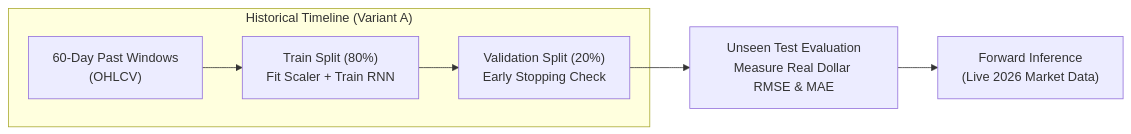
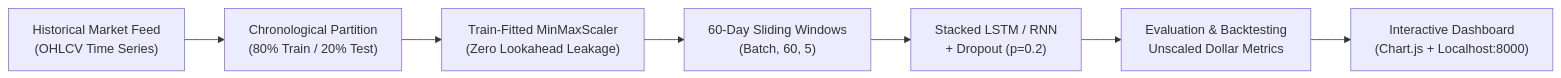
One commit to Aditthan-07/stock-price-forecasting-rnn changed the diagram in README.md. Above: the diagram before and after it, drawn with Mermaid. The commit also changed other lines of this file, not shown here.

Commit message:
docs: enhance README with professional documentation, architecture diagrams, and benchmark metrics

````diff
--- a/README.md
+++ b/README.md
@@ -40,9 +27,9 @@
 ```mermaid
-graph LR
-    subgraph "Historical Timeline (Variant A)"
-        A["60-Day Past Windows\n(OHLCV)"] --> B["Train Split (80%)\nFit Scaler + Train RNN"]
-        B --> C["Validation Split (20%)\nEarly Stopping Check"]
-    end
-    C --> D["Unseen Test Evaluation\nMeasure Real Dollar RMSE & MAE"]
-    D --> E["Forward Inference\n(Live 2026 Market Data)"]
+flowchart LR
+    A["Historical Market Feed\n(OHLCV Time Series)"] --> B["Chronological Partition\n(80% Train / 20% Test)"]
+    B --> C["Train-Fitted MinMaxScaler\n(Zero Lookahead Leakage)"]
+    C --> D["60-Day Sliding Windows\n(Batch, 60, 5)"]
+    D --> E["Stacked LSTM / RNN\n+ Dropout (p=0.2)"]
+    E --> F["Evaluation & Backtesting\nUnscaled Dollar Metrics"]
+    F --> G["Interactive Dashboard\n(Chart.js + Localhost:8000)"]
 ```
````
